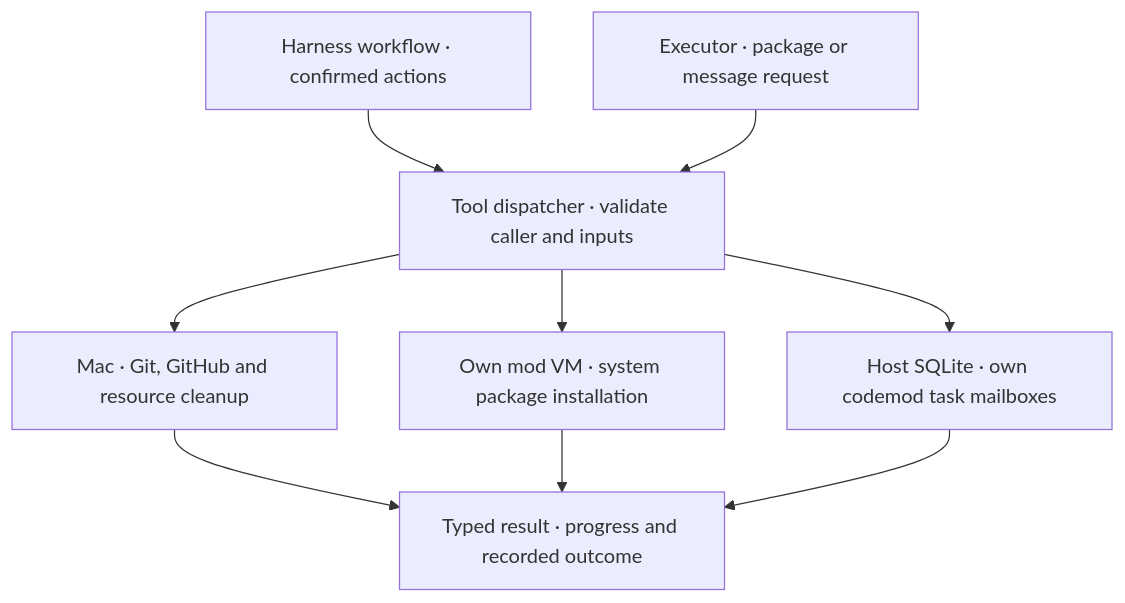
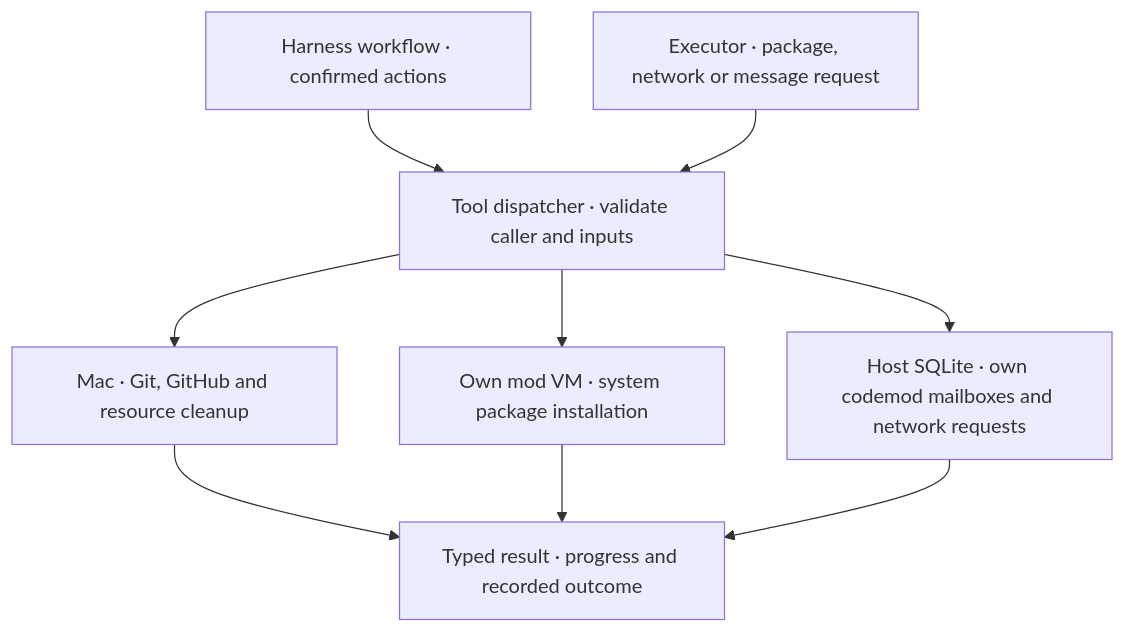
One commit to minimumeffort-dev/sprowt.harness changed the diagram in docs/tools.md. Above: the diagram before and after it, drawn with Mermaid. The commit also changed other lines of this file and 15 other files, not shown here.

Commit message:
Add codemod network requests with host approval and worker retry

````diff
--- a/docs/tools.md
+++ b/docs/tools.md
@@ -5,11 +5,11 @@
 ```mermaid
 flowchart TB
     workflow["Harness workflow · confirmed actions"] --> dispatcher["Tool dispatcher · validate caller and inputs"]
-    agent["Executor · package or message request"] --> dispatcher
+    agent["Executor · package, network or message request"] --> dispatcher
     dispatcher --> host["Mac · Git, GitHub and resource cleanup"]
     dispatcher --> vm["Own mod VM · system package installation"]
-    dispatcher --> mailbox["Host SQLite · own codemod task mailboxes"]
+    dispatcher --> mailbox["Host SQLite · own codemod mailboxes and network requests"]
     host --> result["Typed result · progress and recorded outcome"]
     vm --> result
     mailbox --> result
 ```
````
